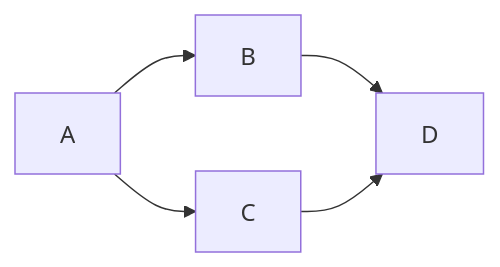
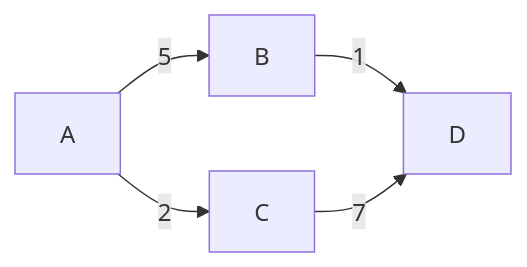
Before and after one commit to bryan-melanson/blog: the ninth of 9 diagrams in src/study-guides/data-structures.md, drawn with Mermaid.

Commit message:
Update graph

```diff
--- a/src/study-guides/data-structures.md
+++ b/src/study-guides/data-structures.md
@@ -763,7 +763,7 @@
 <pre class="mermaid">
 graph LR
-    A --> B
-    A --> C
-    B --> D
-    C --> D
+    A -- 5 --> B
+    A -- 2 --> C
+    B -- 1 --> D
+    C -- 7 --> D
 </pre>
```
